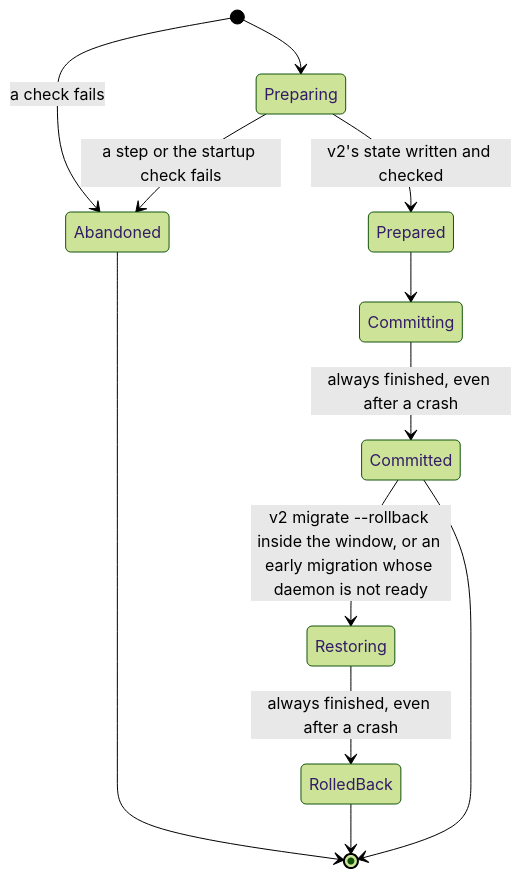
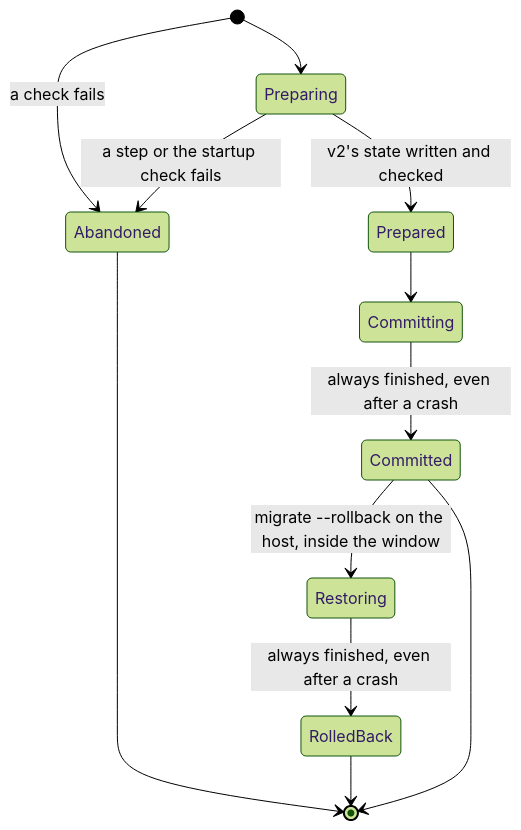
Before and after one commit to Azure/unbounded: the third of 5 diagrams in designs/agent-v2/10-migration-from-v1.md, drawn with Mermaid (forest theme). The commit also changed other lines of this file and 11 other files, not shown here.

````diff
--- a/designs/agent-v2/10-migration-from-v1.md
+++ b/designs/agent-v2/10-migration-from-v1.md
@@ -271,14 +243,14 @@
 ```mermaid
 stateDiagram-v2
   [*] --> Preparing
   [*] --> Abandoned: a check fails
   Preparing --> Prepared: v2's state written and checked
   Preparing --> Abandoned: a step or the startup check fails
   Prepared --> Committing
   Committing --> Committed: always finished, even after a crash
-  Committed --> Restoring: v2 migrate --rollback inside the window, or an early migration whose daemon is not ready
+  Committed --> Restoring: migrate --rollback on the host, inside the window
   Restoring --> RolledBack: always finished, even after a crash
   Abandoned --> [*]
   RolledBack --> [*]
   Committed --> [*]
 ```
````
